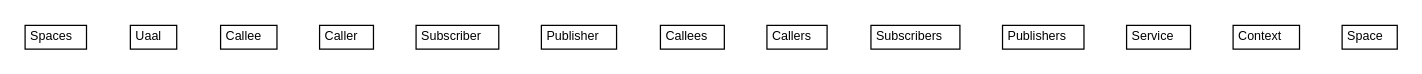
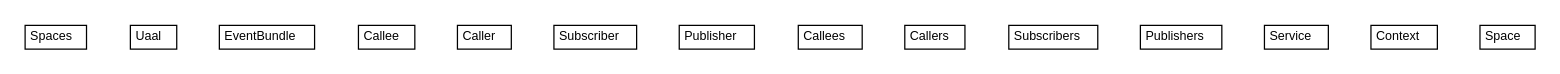
The diagram in ri.pom/apidocs/org/universAAL/ri/rest/manager/resources/org.universAAL.ri.rest.manager.resources.dot (universAAL/remote), drawn with Graphviz before and after one commit. The commit also changed 628 other files, not shown here.

```diff
--- a/ri.pom/apidocs/org/universAAL/ri/rest/manager/resources/org.universAAL.ri.rest.manager.resources.dot
+++ b/ri.pom/apidocs/org/universAAL/ri/rest/manager/resources/org.universAAL.ri.rest.manager.resources.dot
@@ -1,90 +1,96 @@
 #!/usr/local/bin/dot
 #
 # Class diagram 
 # Generated by UMLGraph version R5_6-24-gf6e263 (http://www.umlgraph.org/)
 #
 
 digraph G {
 	edge [fontname="Helvetica",fontsize=10,labelfontname="Helvetica",labelfontsize=10];
 	node [fontname="Helvetica",fontsize=10,shape=plaintext];
 	nodesep=0.25;
 	ranksep=0.5;
 	// org.universAAL.ri.rest.manager.resources.Spaces
-	c6124 [label=<<table title="org.universAAL.ri.rest.manager.resources.Spaces" border="0" cellborder="1" cellspacing="0" cellpadding="2" port="p" href="./Spaces.html">
+	c6159 [label=<<table title="org.universAAL.ri.rest.manager.resources.Spaces" border="0" cellborder="1" cellspacing="0" cellpadding="2" port="p" href="./Spaces.html">
 		<tr><td><table border="0" cellspacing="0" cellpadding="1">
 <tr><td align="center" balign="center"> Spaces </td></tr>
 		</table></td></tr>
 		</table>>, URL="./Spaces.html", fontname="Helvetica", fontcolor="black", fontsize=10.0];
 	// org.universAAL.ri.rest.manager.resources.Uaal
-	c6125 [label=<<table title="org.universAAL.ri.rest.manager.resources.Uaal" border="0" cellborder="1" cellspacing="0" cellpadding="2" port="p" href="./Uaal.html">
+	c6160 [label=<<table title="org.universAAL.ri.rest.manager.resources.Uaal" border="0" cellborder="1" cellspacing="0" cellpadding="2" port="p" href="./Uaal.html">
 		<tr><td><table border="0" cellspacing="0" cellpadding="1">
 <tr><td align="center" balign="center"> Uaal </td></tr>
 		</table></td></tr>
 		</table>>, URL="./Uaal.html", fontname="Helvetica", fontcolor="black", fontsize=10.0];
+	// org.universAAL.ri.rest.manager.resources.EventBundle
+	c6161 [label=<<table title="org.universAAL.ri.rest.manager.resources.EventBundle" border="0" cellborder="1" cellspacing="0" cellpadding="2" port="p" href="./EventBundle.html">
+		<tr><td><table border="0" cellspacing="0" cellpadding="1">
+<tr><td align="center" balign="center"> EventBundle </td></tr>
+		</table></td></tr>
+		</table>>, URL="./EventBundle.html", fontname="Helvetica", fontcolor="black", fontsize=10.0];
 	// org.universAAL.ri.rest.manager.resources.Callee
-	c6126 [label=<<table title="org.universAAL.ri.rest.manager.resources.Callee" border="0" cellborder="1" cellspacing="0" cellpadding="2" port="p" href="./Callee.html">
+	c6162 [label=<<table title="org.universAAL.ri.rest.manager.resources.Callee" border="0" cellborder="1" cellspacing="0" cellpadding="2" port="p" href="./Callee.html">
 		<tr><td><table border="0" cellspacing="0" cellpadding="1">
 <tr><td align="center" balign="center"> Callee </td></tr>
 		</table></td></tr>
 		</table>>, URL="./Callee.html", fontname="Helvetica", fontcolor="black", fontsize=10.0];
 	// org.universAAL.ri.rest.manager.resources.Caller
-	c6127 [label=<<table title="org.universAAL.ri.rest.manager.resources.Caller" border="0" cellborder="1" cellspacing="0" cellpadding="2" port="p" href="./Caller.html">
+	c6163 [label=<<table title="org.universAAL.ri.rest.manager.resources.Caller" border="0" cellborder="1" cellspacing="0" cellpadding="2" port="p" href="./Caller.html">
 		<tr><td><table border="0" cellspacing="0" cellpadding="1">
 <tr><td align="center" balign="center"> Caller </td></tr>
 		</table></td></tr>
 		</table>>, URL="./Caller.html", fontname="Helvetica", fontcolor="black", fontsize=10.0];
 	// org.universAAL.ri.rest.manager.resources.Subscriber
-	c6128 [label=<<table title="org.universAAL.ri.rest.manager.resources.Subscriber" border="0" cellborder="1" cellspacing="0" cellpadding="2" port="p" href="./Subscriber.html">
+	c6164 [label=<<table title="org.universAAL.ri.rest.manager.resources.Subscriber" border="0" cellborder="1" cellspacing="0" cellpadding="2" port="p" href="./Subscriber.html">
 		<tr><td><table border="0" cellspacing="0" cellpadding="1">
 <tr><td align="center" balign="center"> Subscriber </td></tr>
 		</table></td></tr>
 		</table>>, URL="./Subscriber.html", fontname="Helvetica", fontcolor="black", fontsize=10.0];
 	// org.universAAL.ri.rest.manager.resources.Publisher
-	c6129 [label=<<table title="org.universAAL.ri.rest.manager.resources.Publisher" border="0" cellborder="1" cellspacing="0" cellpadding="2" port="p" href="./Publisher.html">
+	c6165 [label=<<table title="org.universAAL.ri.rest.manager.resources.Publisher" border="0" cellborder="1" cellspacing="0" cellpadding="2" port="p" href="./Publisher.html">
 		<tr><td><table border="0" cellspacing="0" cellpadding="1">
 <tr><td align="center" balign="center"> Publisher </td></tr>
 		</table></td></tr>
 		</table>>, URL="./Publisher.html", fontname="Helvetica", fontcolor="black", fontsize=10.0];
 	// org.universAAL.ri.rest.manager.resources.Callees
-	c6130 [label=<<table title="org.universAAL.ri.rest.manager.resources.Callees" border="0" cellborder="1" cellspacing="0" cellpadding="2" port="p" href="./Callees.html">
+	c6166 [label=<<table title="org.universAAL.ri.rest.manager.resources.Callees" border="0" cellborder="1" cellspacing="0" cellpadding="2" port="p" href="./Callees.html">
 		<tr><td><table border="0" cellspacing="0" cellpadding="1">
 <tr><td align="center" balign="center"> Callees </td></tr>
 		</table></td></tr>
 		</table>>, URL="./Callees.html", fontname="Helvetica", fontcolor="black", fontsize=10.0];
 	// org.universAAL.ri.rest.manager.resources.Callers
-	c6131 [label=<<table title="org.universAAL.ri.rest.manager.resources.Callers" border="0" cellborder="1" cellspacing="0" cellpadding="2" port="p" href="./Callers.html">
+	c6167 [label=<<table title="org.universAAL.ri.rest.manager.resources.Callers" border="0" cellborder="1" cellspacing="0" cellpadding="2" port="p" href="./Callers.html">
 		<tr><td><table border="0" cellspacing="0" cellpadding="1">
 <tr><td align="center" balign="center"> Callers </td></tr>
 		</table></td></tr>
 		</table>>, URL="./Callers.html", fontname="Helvetica", fontcolor="black", fontsize=10.0];
 	// org.universAAL.ri.rest.manager.resources.Subscribers
-	c6132 [label=<<table title="org.universAAL.ri.rest.manager.resources.Subscribers" border="0" cellborder="1" cellspacing="0" cellpadding="2" port="p" href="./Subscribers.html">
+	c6168 [label=<<table title="org.universAAL.ri.rest.manager.resources.Subscribers" border="0" cellborder="1" cellspacing="0" cellpadding="2" port="p" href="./Subscribers.html">
 		<tr><td><table border="0" cellspacing="0" cellpadding="1">
 <tr><td align="center" balign="center"> Subscribers </td></tr>
 		</table></td></tr>
 		</table>>, URL="./Subscribers.html", fontname="Helvetica", fontcolor="black", fontsize=10.0];
 	// org.universAAL.ri.rest.manager.resources.Publishers
-	c6133 [label=<<table title="org.universAAL.ri.rest.manager.resources.Publishers" border="0" cellborder="1" cellspacing="0" cellpadding="2" port="p" href="./Publishers.html">
+	c6169 [label=<<table title="org.universAAL.ri.rest.manager.resources.Publishers" border="0" cellborder="1" cellspacing="0" cellpadding="2" port="p" href="./Publishers.html">
 		<tr><td><table border="0" cellspacing="0" cellpadding="1">
 <tr><td align="center" balign="center"> Publishers </td></tr>
 		</table></td></tr>
 		</table>>, URL="./Publishers.html", fontname="Helvetica", fontcolor="black", fontsize=10.0];
 	// org.universAAL.ri.rest.manager.resources.Service
-	c6134 [label=<<table title="org.universAAL.ri.rest.manager.resources.Service" border="0" cellborder="1" cellspacing="0" cellpadding="2" port="p" href="./Service.html">
+	c6170 [label=<<table title="org.universAAL.ri.rest.manager.resources.Service" border="0" cellborder="1" cellspacing="0" cellpadding="2" port="p" href="./Service.html">
 		<tr><td><table border="0" cellspacing="0" cellpadding="1">
 <tr><td align="center" balign="center"> Service </td></tr>
 		</table></td></tr>
 		</table>>, URL="./Service.html", fontname="Helvetica", fontcolor="black", fontsize=10.0];
 	// org.universAAL.ri.rest.manager.resources.Context
-	c6135 [label=<<table title="org.universAAL.ri.rest.manager.resources.Context" border="0" cellborder="1" cellspacing="0" cellpadding="2" port="p" href="./Context.html">
+	c6171 [label=<<table title="org.universAAL.ri.rest.manager.resources.Context" border="0" cellborder="1" cellspacing="0" cellpadding="2" port="p" href="./Context.html">
 		<tr><td><table border="0" cellspacing="0" cellpadding="1">
 <tr><td align="center" balign="center"> Context </td></tr>
 		</table></td></tr>
 		</table>>, URL="./Context.html", fontname="Helvetica", fontcolor="black", fontsize=10.0];
 	// org.universAAL.ri.rest.manager.resources.Space
-	c6136 [label=<<table title="org.universAAL.ri.rest.manager.resources.Space" border="0" cellborder="1" cellspacing="0" cellpadding="2" port="p" href="./Space.html">
+	c6172 [label=<<table title="org.universAAL.ri.rest.manager.resources.Space" border="0" cellborder="1" cellspacing="0" cellpadding="2" port="p" href="./Space.html">
 		<tr><td><table border="0" cellspacing="0" cellpadding="1">
 <tr><td align="center" balign="center"> Space </td></tr>
 		</table></td></tr>
 		</table>>, URL="./Space.html", fontname="Helvetica", fontcolor="black", fontsize=10.0];
 }
```
